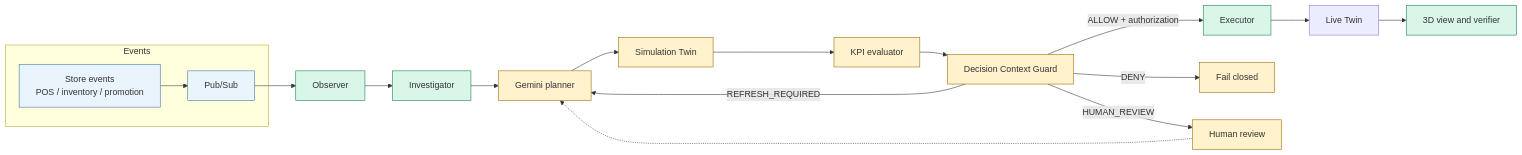
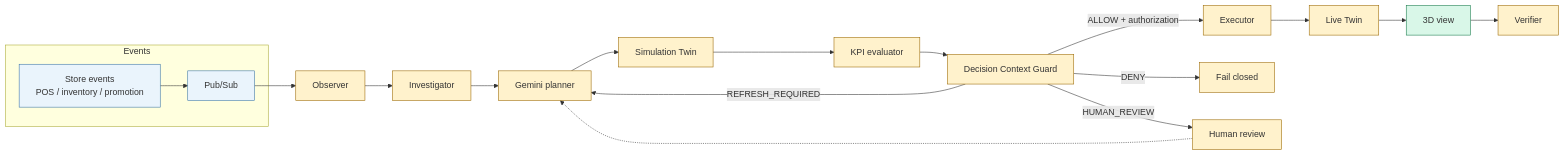
The second of 2 diagrams in README.md (vinhphan812/retailtwin-ai), drawn with Mermaid before and after one commit. The commit also changed 7 other files, not shown here.

````diff
--- a/README.md
+++ b/README.md
@@ -66,33 +66,32 @@
 ```mermaid
 flowchart LR
   subgraph Events ["Events"]
     E[Store events<br/>POS / inventory / promotion]
     PS[Pub/Sub]
   end
 
   E --> PS
   PS --> O[Observer]
   O --> I[Investigator]
   I --> P[Gemini planner]
   P --> S[Simulation Twin]
   S --> K[KPI evaluator]
   K --> G[Decision Context Guard]
 
   G -- "ALLOW + authorization" --> X[Executor]
   G -- REFRESH_REQUIRED --> P
   G -- DENY --> F[Fail closed]
   G -- HUMAN_REVIEW --> H[Human review]
   H -.-> P
 
   X --> L[Live Twin]
-  L --> V[3D view and verifier]
+  L --> V[3D view]
+  V --> Z[Verifier]
 
   classDef implemented fill:#d9f7e8,stroke:#16794a
   classDef planned fill:#fff2cc,stroke:#9a6700
   classDef event fill:#eaf4fc,stroke:#3772a5
   class E,PS event
-  class O,I,X implemented
-  class P,S,K,G planned
   class V implemented
-  class F,H planned
+  class O,I,P,S,K,G,X,L,F,H,Z planned
 ```
````
